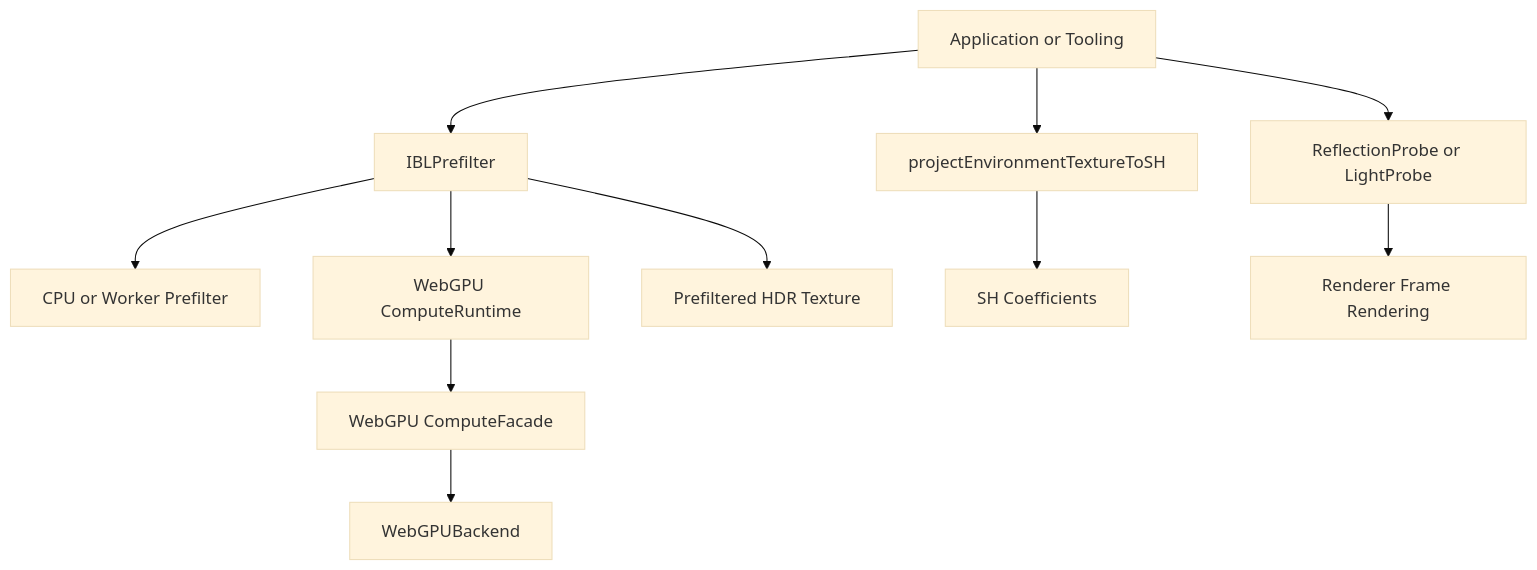
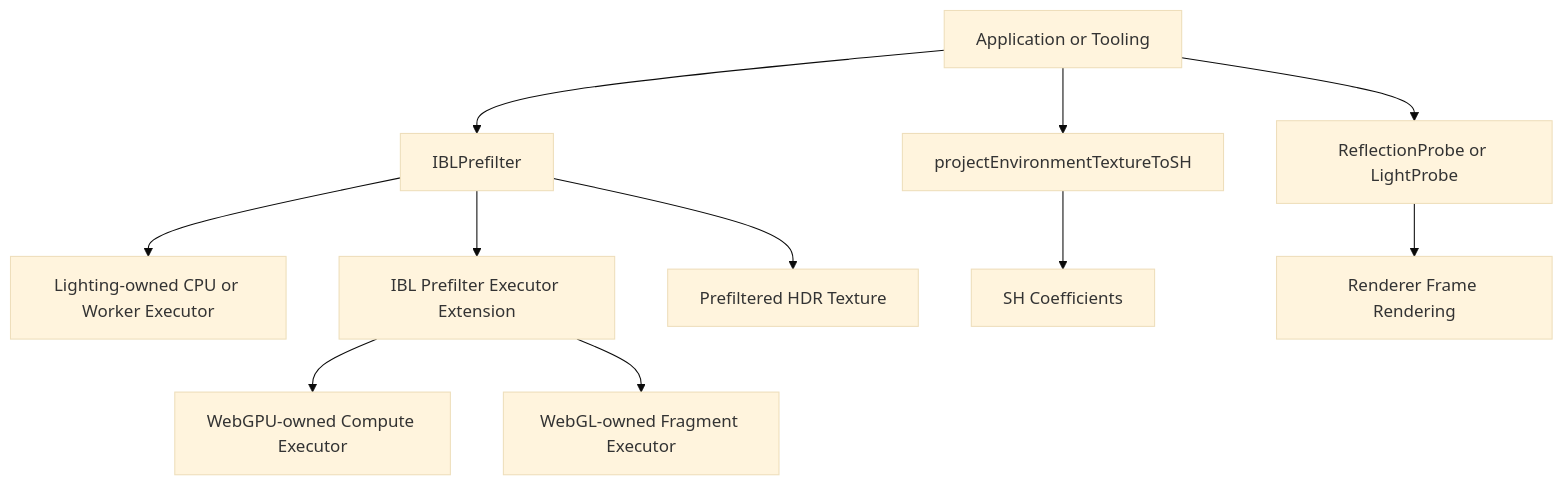
One commit to Kunelinmc/IgnisRenderer changed the diagram in docs/internal/contracts/rendering/lighting/ibl-prefilter-contract.md. Above: the diagram before and after it, drawn with Mermaid (base theme). The commit also changed other lines of this file and 40 other files, not shown here.

First line of the commit message:
feat(ibl)!: extract executor pipeline and add WebGL fragment prefilter

````diff
--- a/docs/internal/contracts/rendering/lighting/ibl-prefilter-contract.md
+++ b/docs/internal/contracts/rendering/lighting/ibl-prefilter-contract.md
@@ -15,13 +18,13 @@
 ```mermaid
 flowchart TD
 	App[Application or Tooling] --> Prefilter[IBLPrefilter]
 	App --> SH[projectEnvironmentTextureToSH]
-	Prefilter --> CPU[CPU or Worker Prefilter]
-	Prefilter --> GPU[WebGPU ComputeRuntime]
-	GPU --> Facade[WebGPU ComputeFacade]
-	Facade --> Backend[WebGPUBackend]
+	Prefilter --> CPU[Lighting-owned CPU or Worker Executor]
+	Prefilter --> Extension[IBL Prefilter Executor Extension]
+	Extension --> WebGPU[WebGPU-owned Compute Executor]
+	Extension --> WebGL[WebGL-owned Fragment Executor]
 	Prefilter --> Texture[Prefiltered HDR Texture]
 	SH --> Coefficients[SH Coefficients]
 	App --> Probe[ReflectionProbe or LightProbe]
 	Probe --> Renderer[Renderer Frame Rendering]
 ```
````
